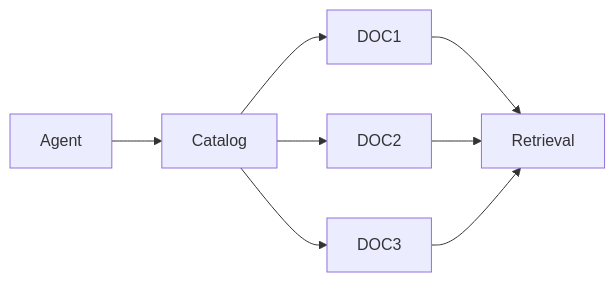
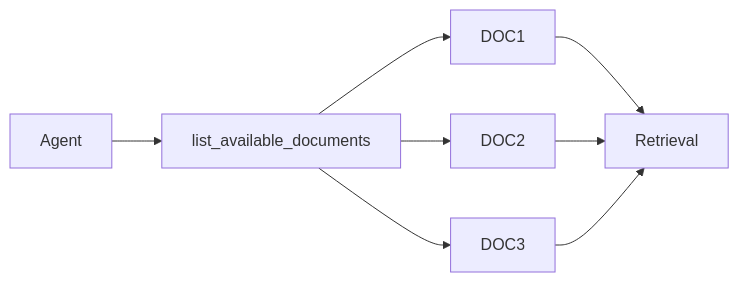
Before and after one commit to vanshksingh/Thread-RAG: diagram 11 of 19 in README.md, drawn with Mermaid. The commit also changed other lines of this file, not shown here.

First line of the commit message:
Revise THREAD-RAG architecture details in README

````diff
--- a/README.md
+++ b/README.md
@@ -246,10 +237,6 @@
 ```mermaid
 flowchart LR
-Agent --> Catalog
-Catalog --> DOC1
-Catalog --> DOC2
-Catalog --> DOC3
-DOC1 --> Retrieval
-DOC2 --> Retrieval
-DOC3 --> Retrieval
+Agent --> Catalog["list_available_documents"]
+Catalog --> DOC1 & DOC2 & DOC3
+DOC1 & DOC2 & DOC3 --> Retrieval
 ```
````
